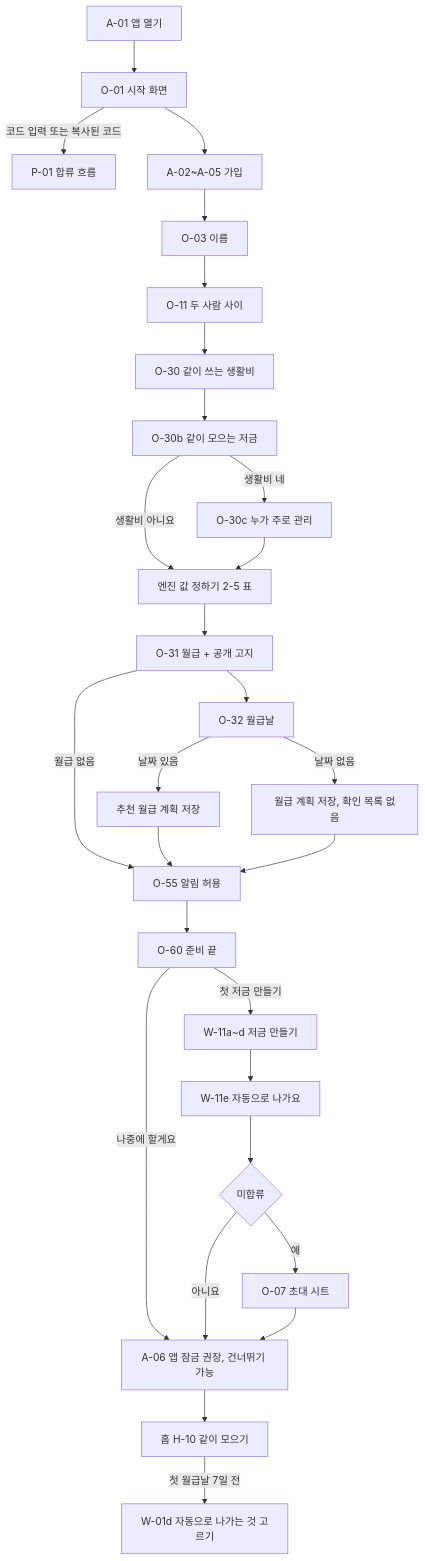
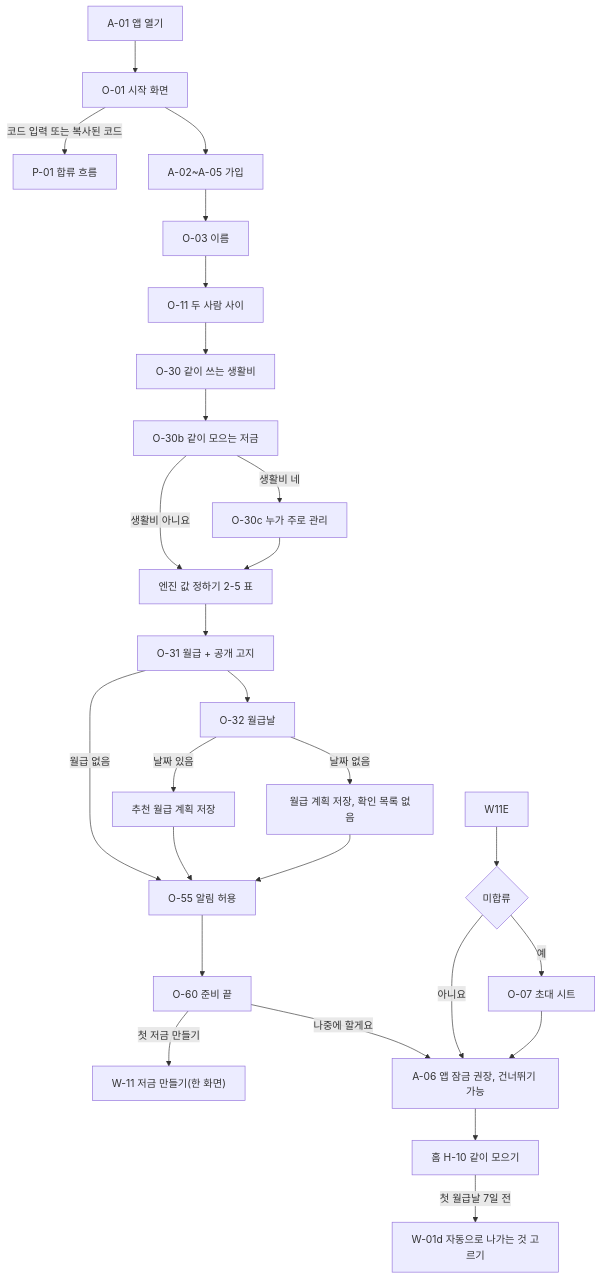
One commit to ooeabin/sweetwo changed the first of 4 diagrams in docs/spec/03-user-flow.md. Above: the diagram before and after it, drawn with Mermaid. The commit also changed other lines of this file and 37 other files, not shown here.

````diff
--- a/docs/spec/03-user-flow.md
+++ b/docs/spec/03-user-flow.md
@@ -41,30 +41,29 @@
 ```mermaid
 flowchart TD
   A01["A-01 앱 열기"] --> O01["O-01 시작 화면"]
   O01 -->|"코드 입력 또는 복사된 코드"| P01["P-01 합류 흐름"]
   O01 --> SIGN["A-02~A-05 가입"]
   SIGN --> O03["O-03 이름"]
   O03 --> O11["O-11 두 사람 사이"]
   O11 --> O30["O-30 같이 쓰는 생활비"]
   O30 --> O30B["O-30b 같이 모으는 저금"]
   O30B -->|"생활비 네"| O30C["O-30c 누가 주로 관리"]
   O30B -->|"생활비 아니요"| MAP
   O30C --> MAP["엔진 값 정하기 2-5 표"]
   MAP --> O31["O-31 월급 + 공개 고지"]
   O31 -->|"월급 없음"| O55
   O31 --> O32["O-32 월급날"]
   O32 -->|"날짜 있음"| PLAN["추천 월급 계획 저장"]
   O32 -->|"날짜 없음"| PLANX["월급 계획 저장, 확인 목록 없음"]
   PLAN --> O55["O-55 알림 허용"]
   PLANX --> O55
   O55 --> O60["O-60 준비 끝"]
-  O60 -->|"첫 저금 만들기"| W11["W-11a~d 저금 만들기"]
-  W11 --> W11E["W-11e 자동으로 나가요"]
+  O60 -->|"첫 저금 만들기"| W11["W-11 저금 만들기(한 화면)"]
   O60 -->|"나중에 할게요"| A06
   W11E --> INV{"미합류"}
   INV -->|"예"| O07["O-07 초대 시트"]
   INV -->|"아니요"| A06
   O07 --> A06["A-06 앱 잠금 권장, 건너뛰기 가능"]
   A06 --> HOME["홈 H-10 같이 모으기"]
   HOME -->|"첫 월급날 7일 전"| W01D["W-01d 자동으로 나가는 것 고르기"]
 ```
````
